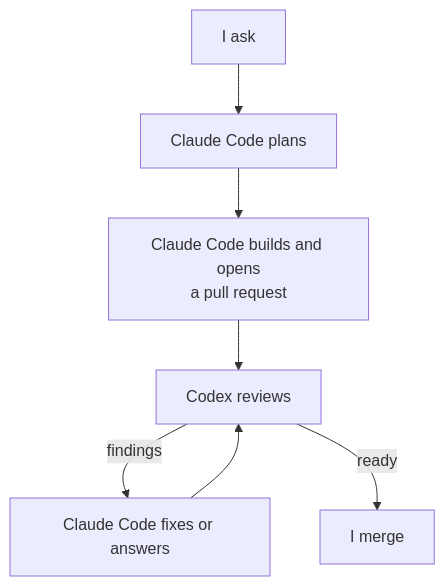
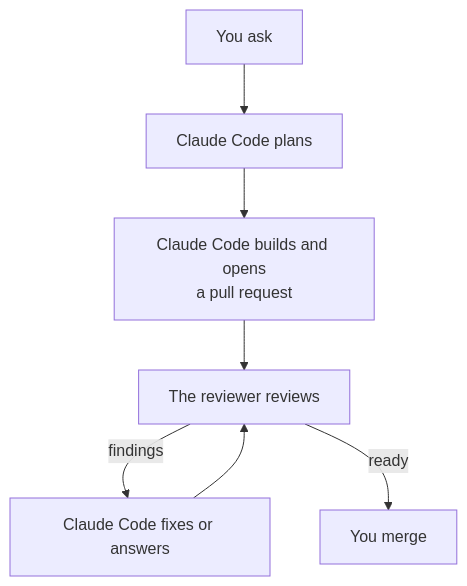
The diagram in docs/how-it-works.md (ericfurspan/mentat), drawn with Mermaid before and after one commit. The commit also changed other lines of this file and 3 other files, not shown here.

````diff
--- a/docs/how-it-works.md
+++ b/docs/how-it-works.md
@@ -7,9 +7,9 @@
 ```mermaid
 flowchart TD
-    A["I ask"] --> B["Claude Code plans"]
+    A["You ask"] --> B["Claude Code plans"]
     B --> C["Claude Code builds and opens<br/>a pull request"]
-    C --> D["Codex reviews"]
+    C --> D["The reviewer reviews"]
     D -- findings --> E["Claude Code fixes or answers"]
     E --> D
-    D -- ready --> F["I merge"]
+    D -- ready --> F["You merge"]
 ```
````
